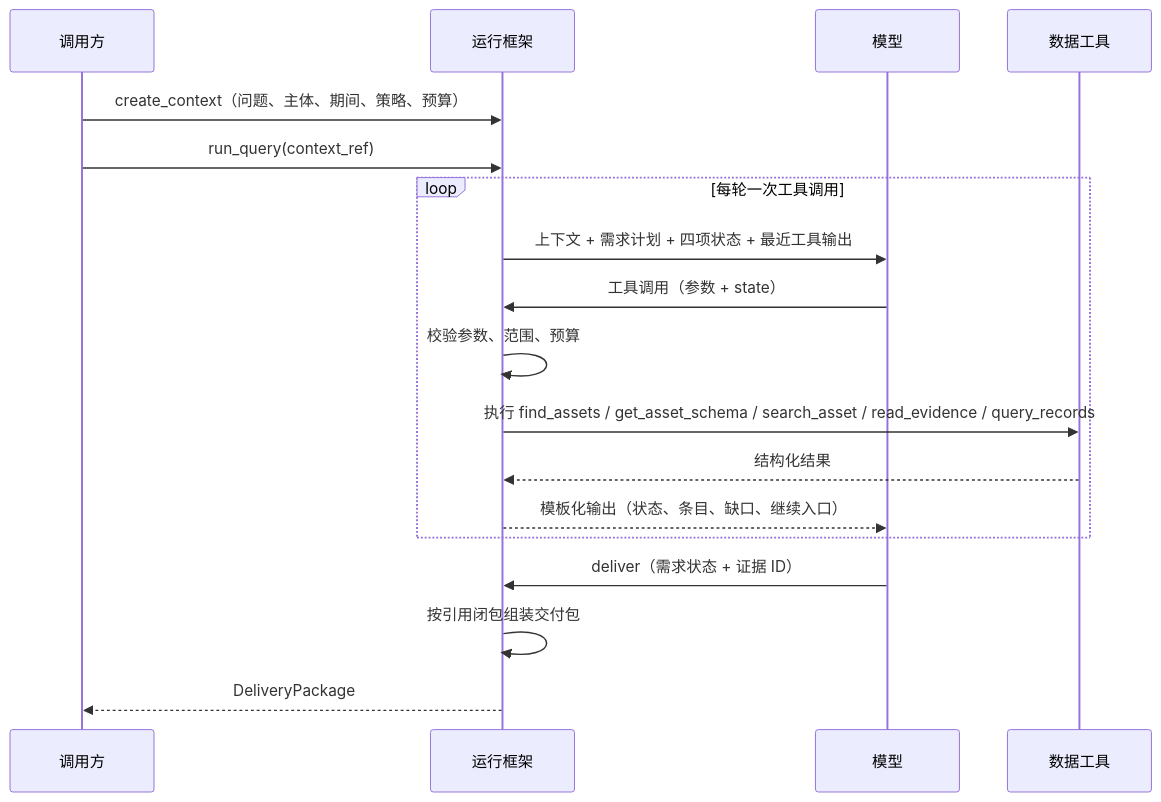
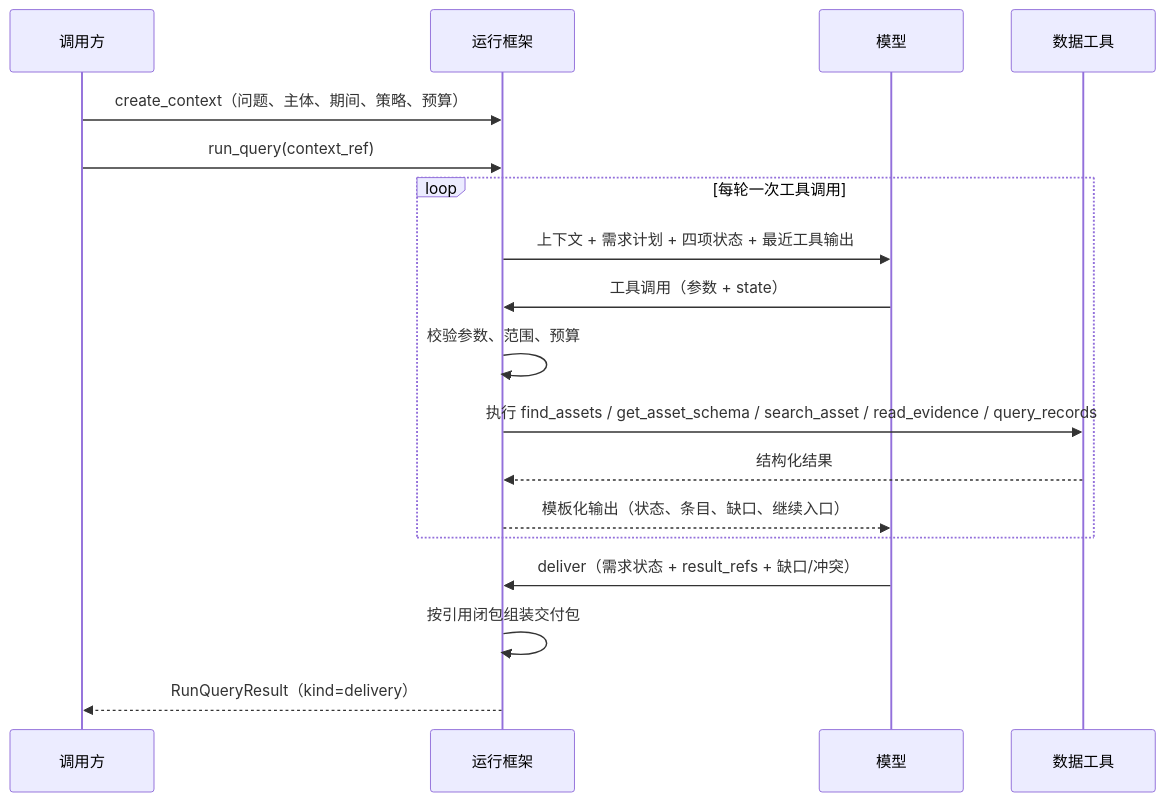
The fifth of 7 diagrams in docs/DATA_AGENT_FRAMEWORK_DESIGN.zh-CN.md (Rain1601/uteki.2026-10-23.archive), drawn with Mermaid before and after one commit. The commit also changed other lines of this file and 2 other files, not shown here.

````diff
--- a/docs/DATA_AGENT_FRAMEWORK_DESIGN.zh-CN.md
+++ b/docs/DATA_AGENT_FRAMEWORK_DESIGN.zh-CN.md
@@ -1581,20 +1600,20 @@
 ```mermaid
 sequenceDiagram
     participant C as 调用方
     participant F as 运行框架
     participant M as 模型
     participant T as 数据工具
     C->>F: create_context（问题、主体、期间、策略、预算）
     C->>F: run_query(context_ref)
     loop 每轮一次工具调用
         F->>M: 上下文 + 需求计划 + 四项状态 + 最近工具输出
         M->>F: 工具调用（参数 + state）
         F->>F: 校验参数、范围、预算
         F->>T: 执行 find_assets / get_asset_schema / search_asset / read_evidence / query_records
         T-->>F: 结构化结果
         F-->>M: 模板化输出（状态、条目、缺口、继续入口）
     end
-    M->>F: deliver（需求状态 + 证据 ID）
+    M->>F: deliver（需求状态 + result_refs + 缺口/冲突）
     F->>F: 按引用闭包组装交付包
-    F-->>C: DeliveryPackage
+    F-->>C: RunQueryResult（kind=delivery）
 ```
````
